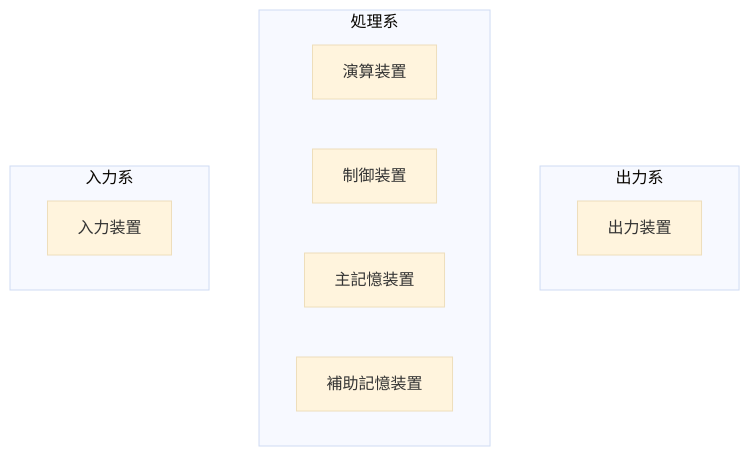
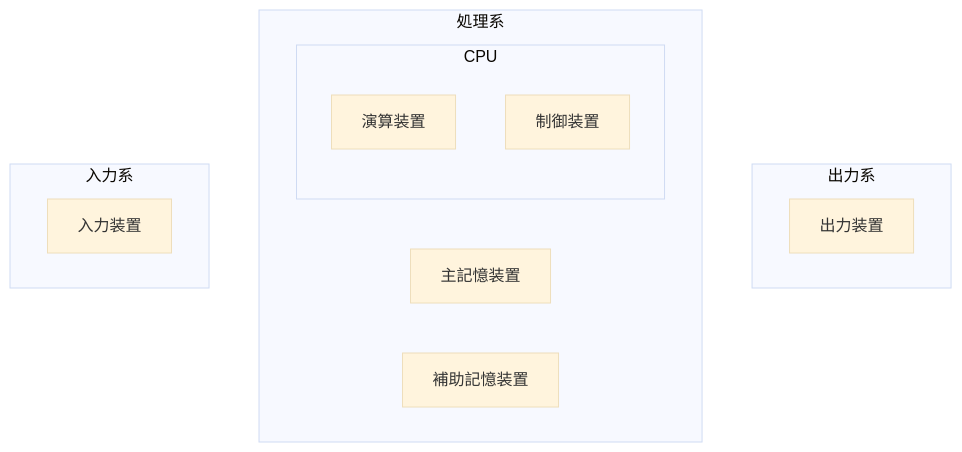
One commit to Bassiy/share_knowledge changed the diagram in concepts/computer_architecture.md. Above: the diagram before and after it, drawn with Mermaid (base theme).

Commit message:
sync: update from info repo

````diff
--- a/concepts/computer_architecture.md
+++ b/concepts/computer_architecture.md
@@ -10,17 +10,19 @@
 ```mermaid
 flowchart TB
     subgraph 出力系
         OUT[出力装置]
     end
 
     subgraph 処理系
-        ALU[演算装置]
-        CTL[制御装置]
+        subgraph CPU
+            ALU[演算装置]
+            CTL[制御装置]
+        end
         MEM[主記憶装置]
         AUX[補助記憶装置]
     end
 
     subgraph 入力系
         IN[入力装置]
     end
 ```
````
